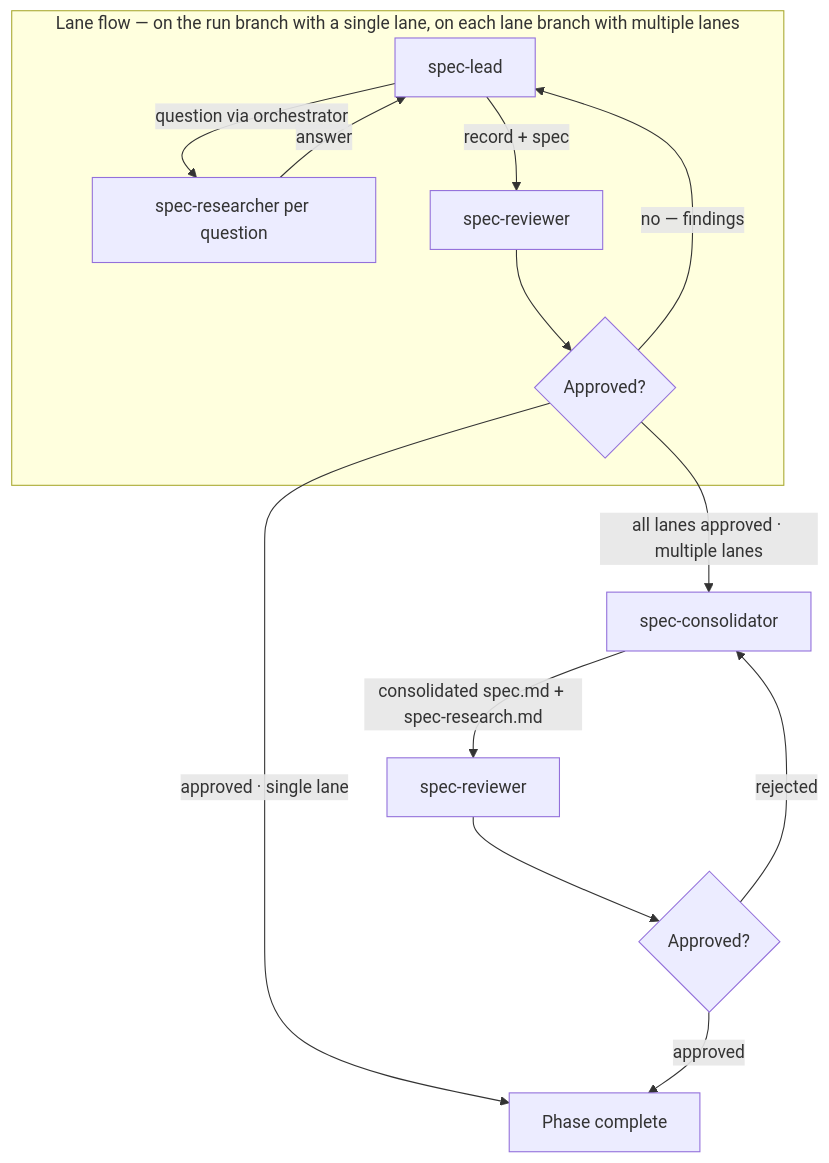
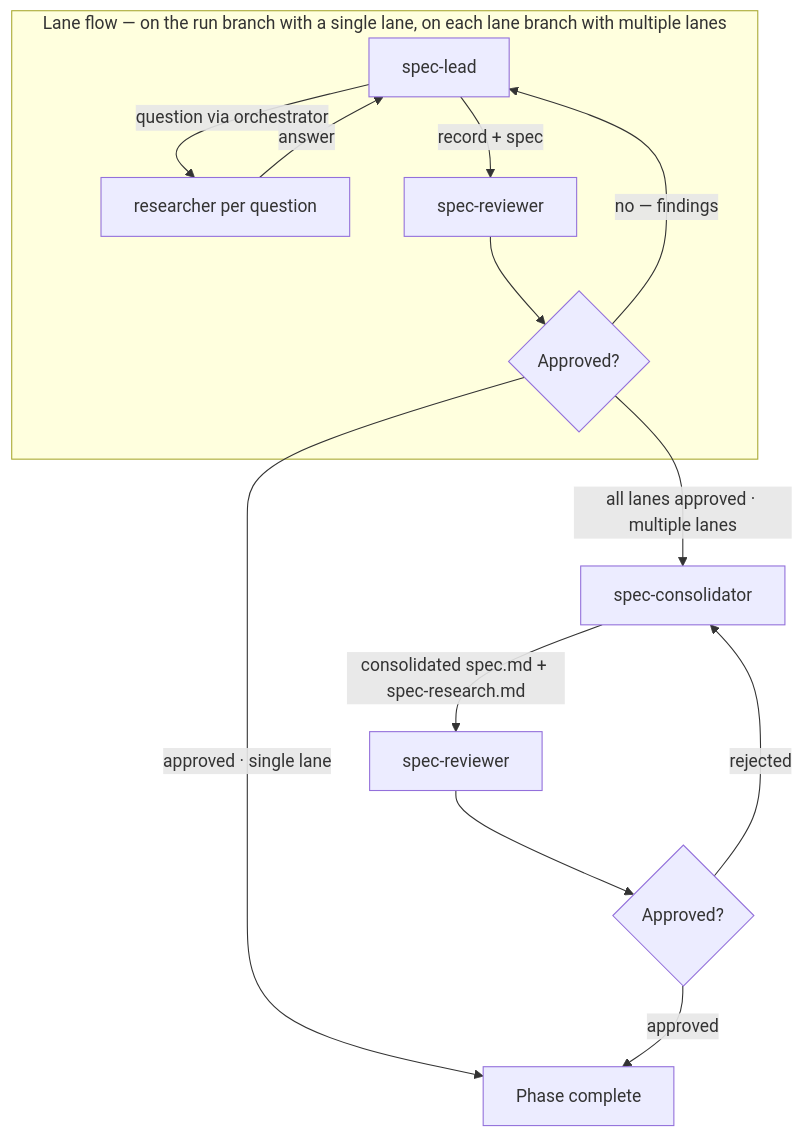
One commit to Automattic/radical-pipelines changed the diagram in skills/radical-pipelines/reference/autonomous-phases/1 - spec.md. Above: the diagram before and after it, drawn with Mermaid. The commit also changed other lines of this file and 30 other files, not shown here.

````diff
--- a/skills/radical-pipelines/reference/autonomous-phases/1 - spec.md
+++ b/skills/radical-pipelines/reference/autonomous-phases/1 - spec.md
@@ -55,16 +55,16 @@
 ```mermaid
 flowchart TD
     subgraph lane ["Lane flow — on the run branch with a single lane, on each lane branch with multiple lanes"]
-        B[spec-lead] -->|question via orchestrator| C[spec-researcher per question]
+        B[spec-lead] -->|question via orchestrator| C[researcher per question]
         C -->|answer| B
         B -->|record + spec| E[spec-reviewer]
         E --> F{Approved?}
         F -->|no — findings| B
     end
     F -->|approved · single lane| K[Phase complete]
     F -->|all lanes approved · multiple lanes| H[spec-consolidator]
     H -->|consolidated spec.md + spec-research.md| I[spec-reviewer]
     I --> J{Approved?}
     J -->|rejected| H
     J -->|approved| K
 ```
````
